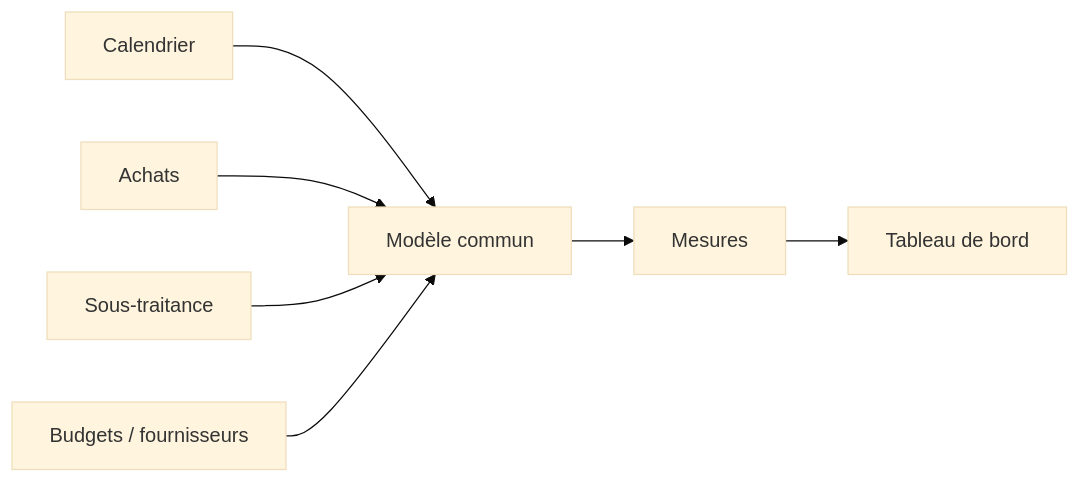
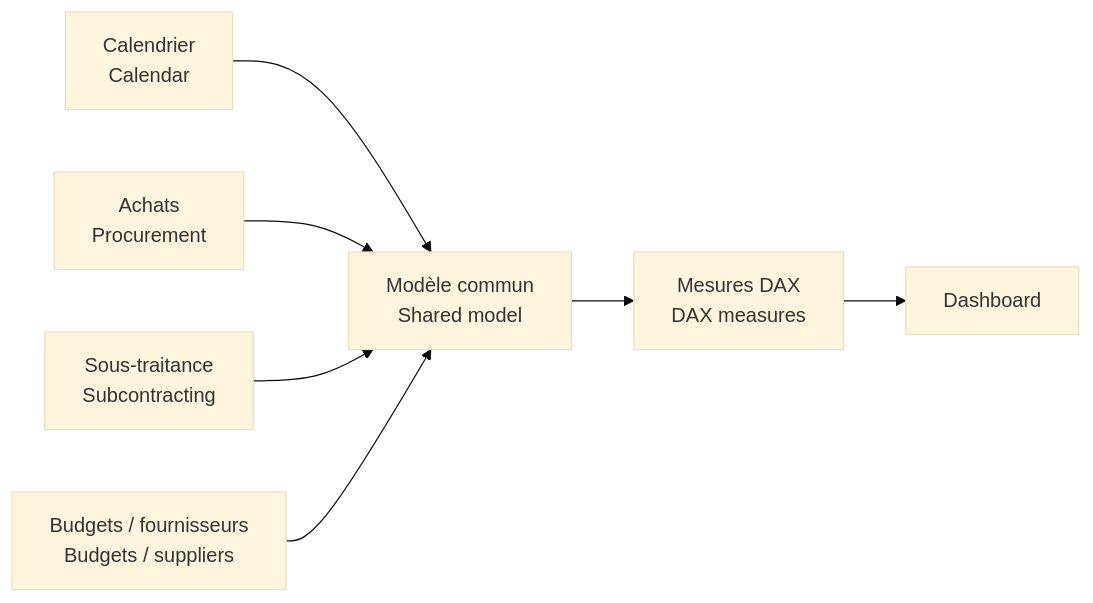
The diagram in powerbi-p2-consumables-financial-monitoring/model/README.md (jeffersonkuku/powerbi-portfolio-projects), drawn with Mermaid (base theme) before and after one commit. The commit also changed other lines of this file and 9 other files, not shown here.

````diff
--- a/powerbi-p2-consumables-financial-monitoring/model/README.md
+++ b/powerbi-p2-consumables-financial-monitoring/model/README.md
@@ -25,9 +5,9 @@
 ```mermaid
 flowchart LR
-    A[Calendrier] --> E[Modèle commun]
-    B[Achats] --> E
-    C[Sous-traitance] --> E
-    D[Budgets / fournisseurs] --> E
-    E --> F[Mesures]
-    F --> G[Tableau de bord]
+    A[Calendrier<br/>Calendar] --> E[Modèle commun<br/>Shared model]
+    B[Achats<br/>Procurement] --> E
+    C[Sous-traitance<br/>Subcontracting] --> E
+    D[Budgets / fournisseurs<br/>Budgets / suppliers] --> E
+    E --> F[Mesures DAX<br/>DAX measures]
+    F --> G[Dashboard]
 ```
````
